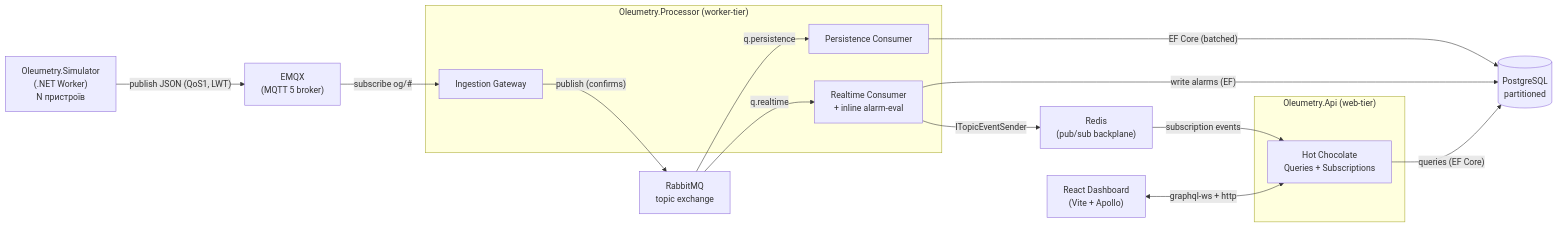
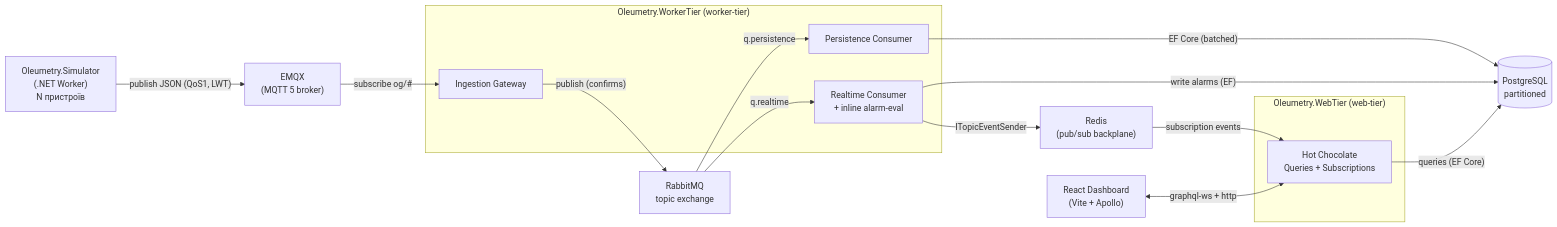
One commit to nasytnyk/oilgas changed the diagram in BRIEF.md. Above: the diagram before and after it, drawn with Mermaid. The commit also changed other lines of this file, not shown here.

Commit message:
docs: rename project to Oleumetry; WebTier/WorkerTier; Clean Architecture

````diff
--- a/BRIEF.md
+++ b/BRIEF.md
@@ -61,29 +61,29 @@
 ```mermaid
 flowchart LR
     SIM["Oleumetry.Simulator<br/>(.NET Worker)<br/>N пристроїв"]
     BR["EMQX<br/>(MQTT 5 broker)"]
-    subgraph PROC["Oleumetry.Processor (worker-tier)"]
+    subgraph WORKER["Oleumetry.WorkerTier (worker-tier)"]
         ING["Ingestion Gateway"]
         PC["Persistence Consumer"]
         RC["Realtime Consumer<br/>+ inline alarm-eval"]
     end
     RMQ["RabbitMQ<br/>topic exchange"]
     REDIS["Redis<br/>(pub/sub backplane)"]
-    subgraph API["Oleumetry.Api (web-tier)"]
+    subgraph WEBTIER["Oleumetry.WebTier (web-tier)"]
         GQL["Hot Chocolate<br/>Queries + Subscriptions"]
     end
     PG[("PostgreSQL<br/>partitioned")]
     WEB["React Dashboard<br/>(Vite + Apollo)"]
 
     SIM -- "publish JSON (QoS1, LWT)" --> BR
     BR -- "subscribe og/#" --> ING
     ING -- "publish (confirms)" --> RMQ
     RMQ -- "q.persistence" --> PC
     RMQ -- "q.realtime" --> RC
     PC -- "EF Core (batched)" --> PG
     RC -- "write alarms (EF)" --> PG
     RC -- "ITopicEventSender" --> REDIS
     REDIS -- "subscription events" --> GQL
     GQL -- "queries (EF Core)" --> PG
     WEB <-- "graphql-ws + http" --> GQL
 ```
````
